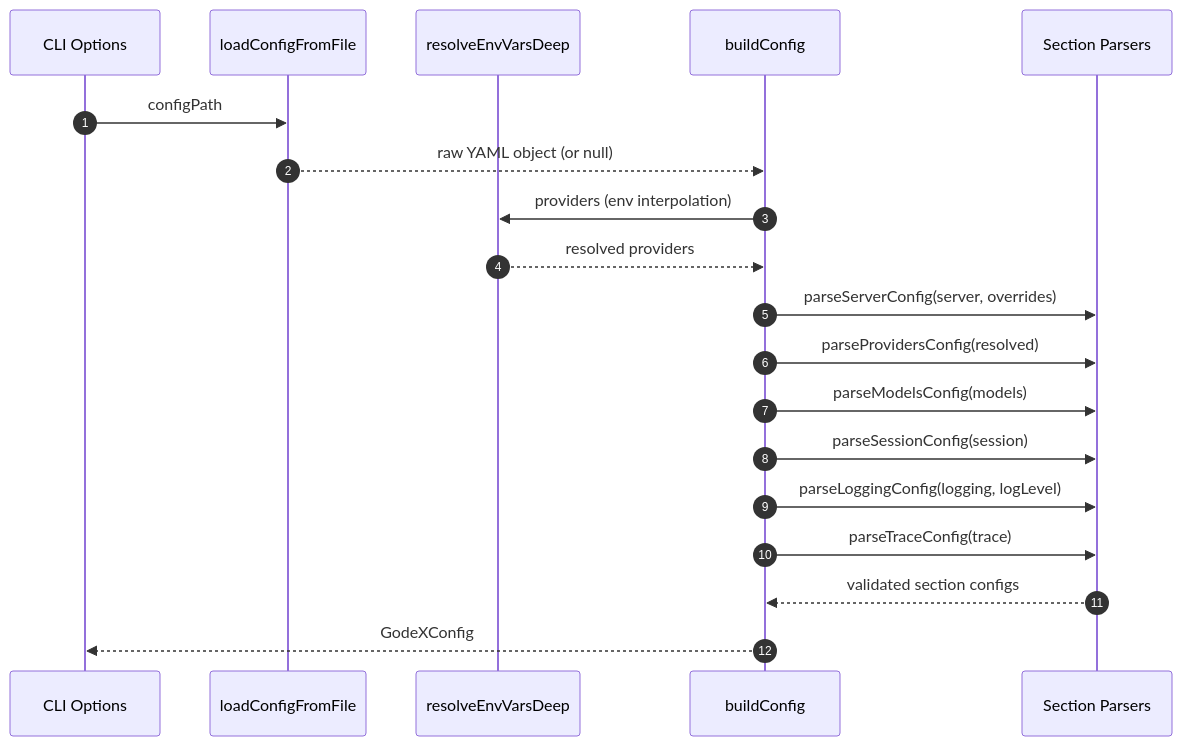
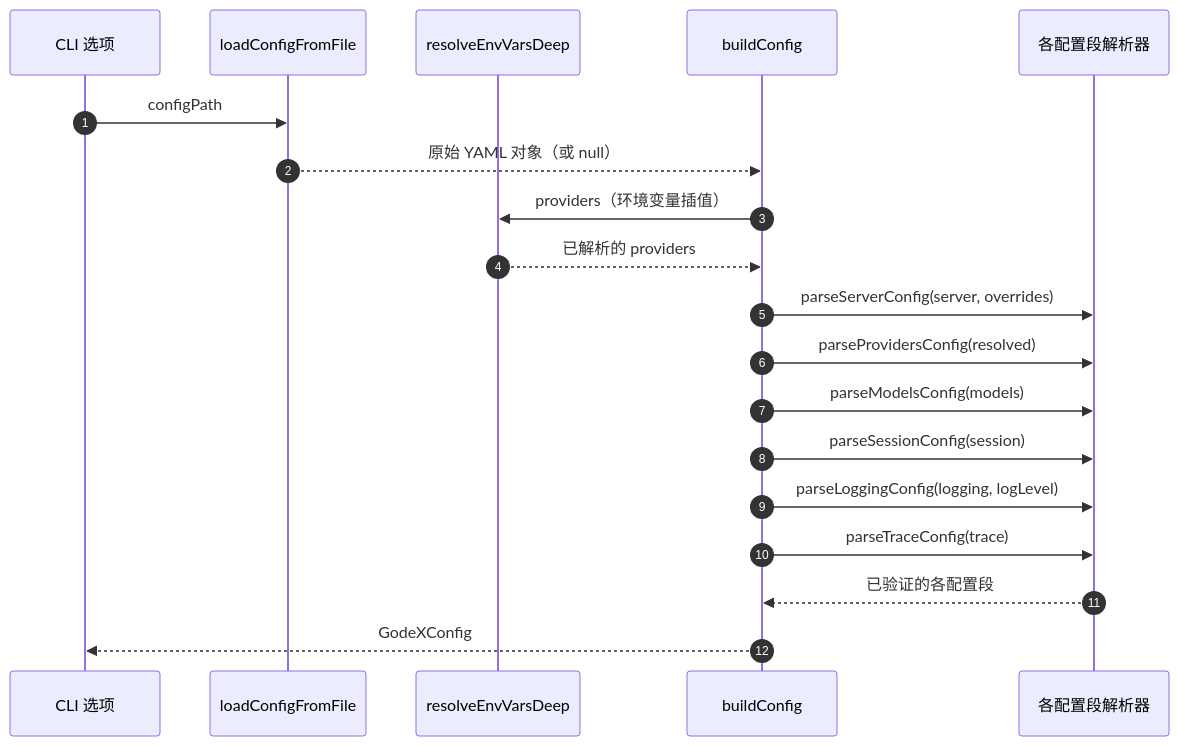
The second of 3 diagrams in wiki/zh/01-getting-started/configuration.md (Ahoo-Wang/GodeX), drawn with Mermaid before and after one commit. The commit also changed other lines of this file and 36 other files, not shown here.

````diff
--- a/wiki/zh/01-getting-started/configuration.md
+++ b/wiki/zh/01-getting-started/configuration.md
@@ -224,22 +224,22 @@
 ```mermaid
 sequenceDiagram
     autonumber
-    participant CLI as CLI Options
+    participant CLI as CLI 选项
     participant Reader as loadConfigFromFile
     participant Interp as resolveEnvVarsDeep
     participant Builder as buildConfig
-    participant Sections as Section Parsers
+    participant Sections as 各配置段解析器
 
     CLI->>Reader: configPath
-    Reader-->>Builder: raw YAML object (or null)
-    Builder->>Interp: providers (env interpolation)
-    Interp-->>Builder: resolved providers
+    Reader-->>Builder: 原始 YAML 对象（或 null）
+    Builder->>Interp: providers（环境变量插值）
+    Interp-->>Builder: 已解析的 providers
     Builder->>Sections: parseServerConfig(server, overrides)
     Builder->>Sections: parseProvidersConfig(resolved)
     Builder->>Sections: parseModelsConfig(models)
     Builder->>Sections: parseSessionConfig(session)
     Builder->>Sections: parseLoggingConfig(logging, logLevel)
     Builder->>Sections: parseTraceConfig(trace)
-    Sections-->>Builder: validated section configs
+    Sections-->>Builder: 已验证的各配置段
     Builder-->>CLI: GodeXConfig
 ```
````
